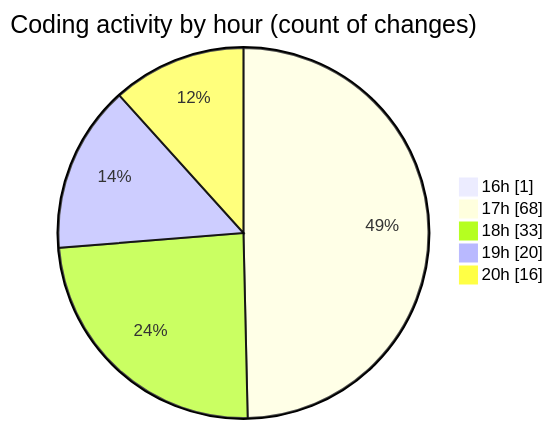
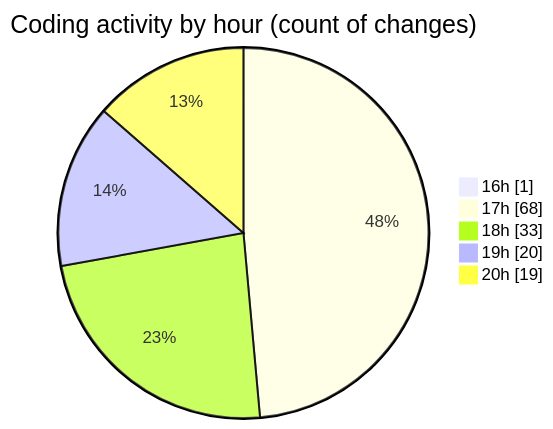
Before and after one commit to idhammustaqopulfikri/code-tracking: the second of 2 diagrams in 2025-05-27/studio-backend/README.md, drawn with Mermaid. The commit also changed other lines of this file and 1 other file, not shown here.

````diff
--- a/2025-05-27/studio-backend/README.md
+++ b/2025-05-27/studio-backend/README.md
@@ -64,9 +64,9 @@
 ```mermaid
 pie showData
 title Coding activity by hour (count of changes)
 "16h" : 1
 "17h" : 68
 "18h" : 33
 "19h" : 20
-"20h" : 16
+"20h" : 19
 ```
````
